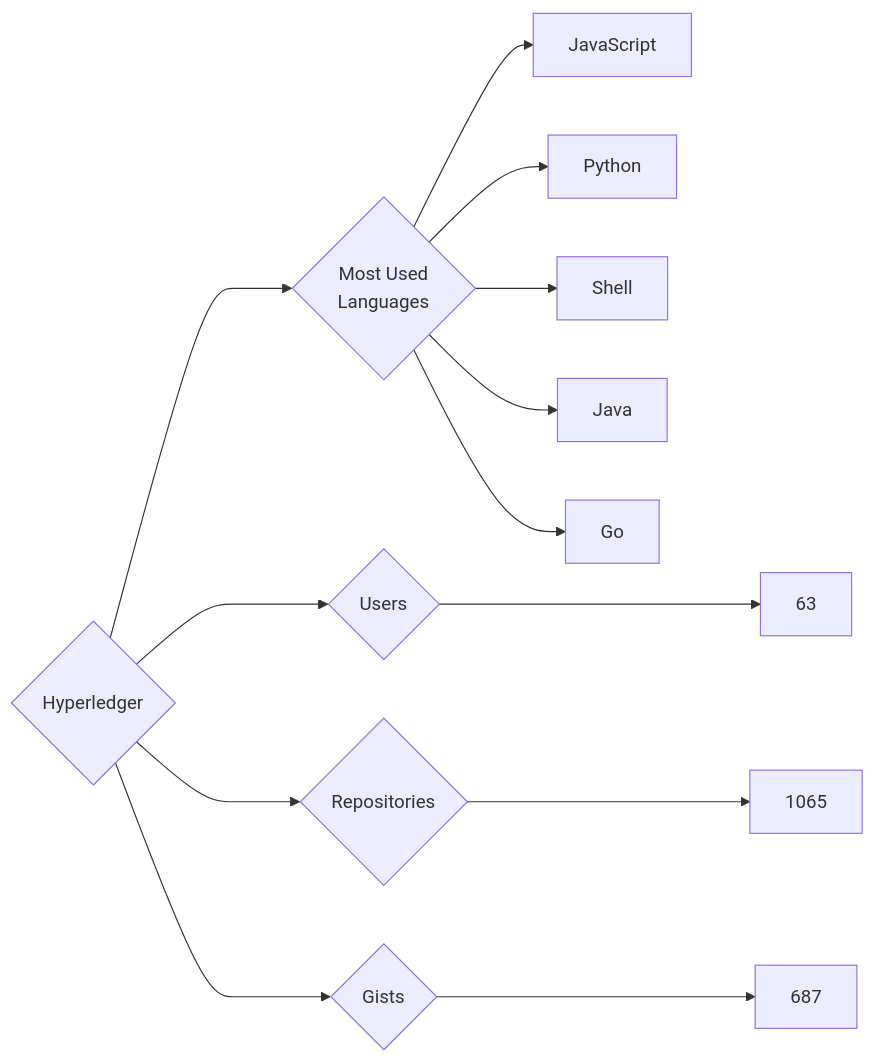
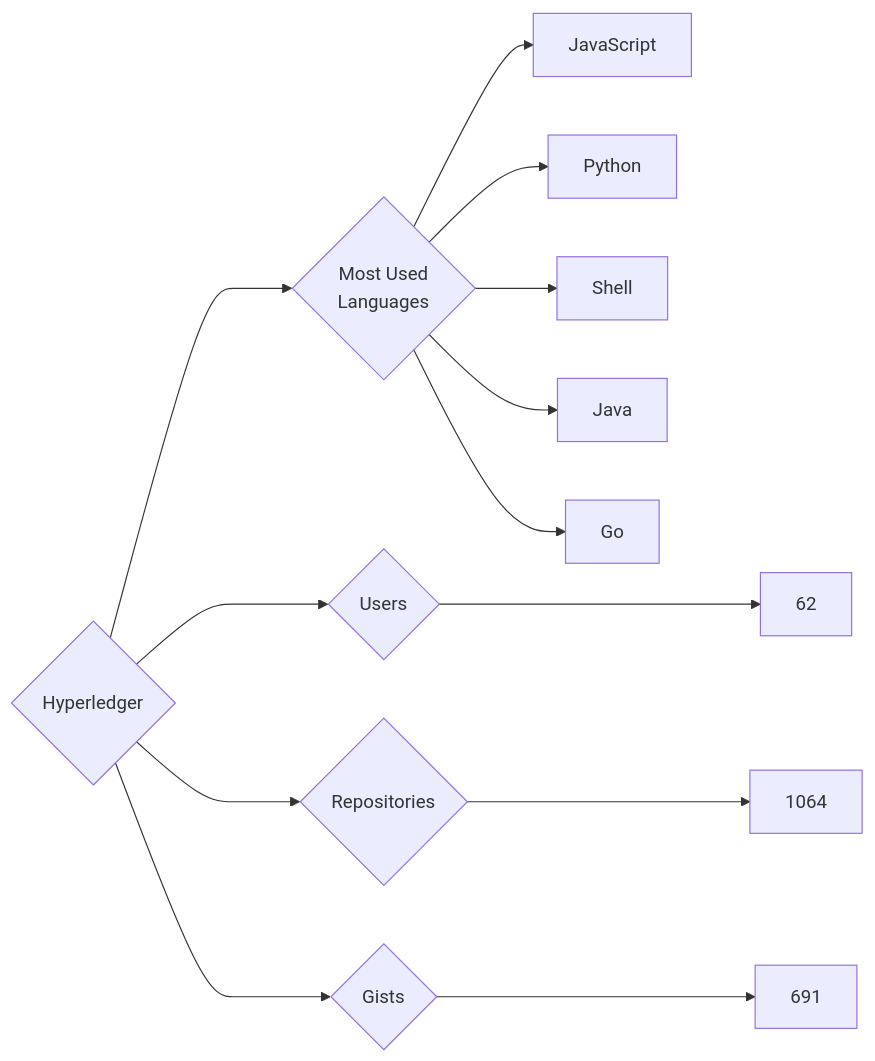
Before and after one commit to trickest/insiders: the diagram in targets/Hyperledger/README.md, drawn with Mermaid. The commit also changed 693 other files, not shown here.

````diff
--- a/targets/Hyperledger/README.md
+++ b/targets/Hyperledger/README.md
@@ -3,13 +3,13 @@
 ```mermaid
 graph LR
 COMPANY_NAME{Hyperledger}
-COMPANY_NAME ---> U{Users} ---> UN[63]
-COMPANY_NAME ---> R{Repositories} ---> RN[1065]
-COMPANY_NAME ---> G{Gists} ---> GN[687]
+COMPANY_NAME ---> U{Users} ---> UN[62]
+COMPANY_NAME ---> R{Repositories} ---> RN[1064]
+COMPANY_NAME ---> G{Gists} ---> GN[691]
 COMPANY_NAME ---> ML{Most Used<br>Languages}
 ML --> JavaScript[JavaScript]
 ML --> Python[Python]
 ML --> Shell[Shell]
 ML --> Java[Java]
 ML --> Go[Go]
 ```
````
